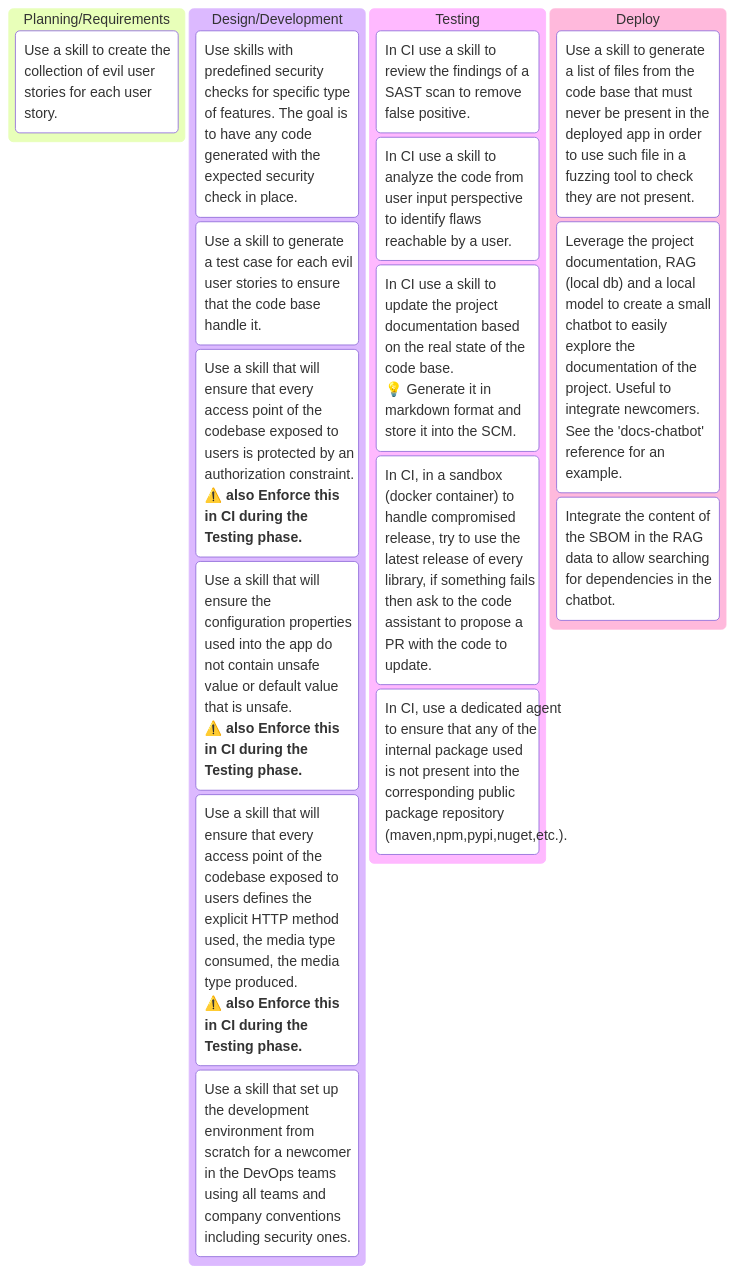
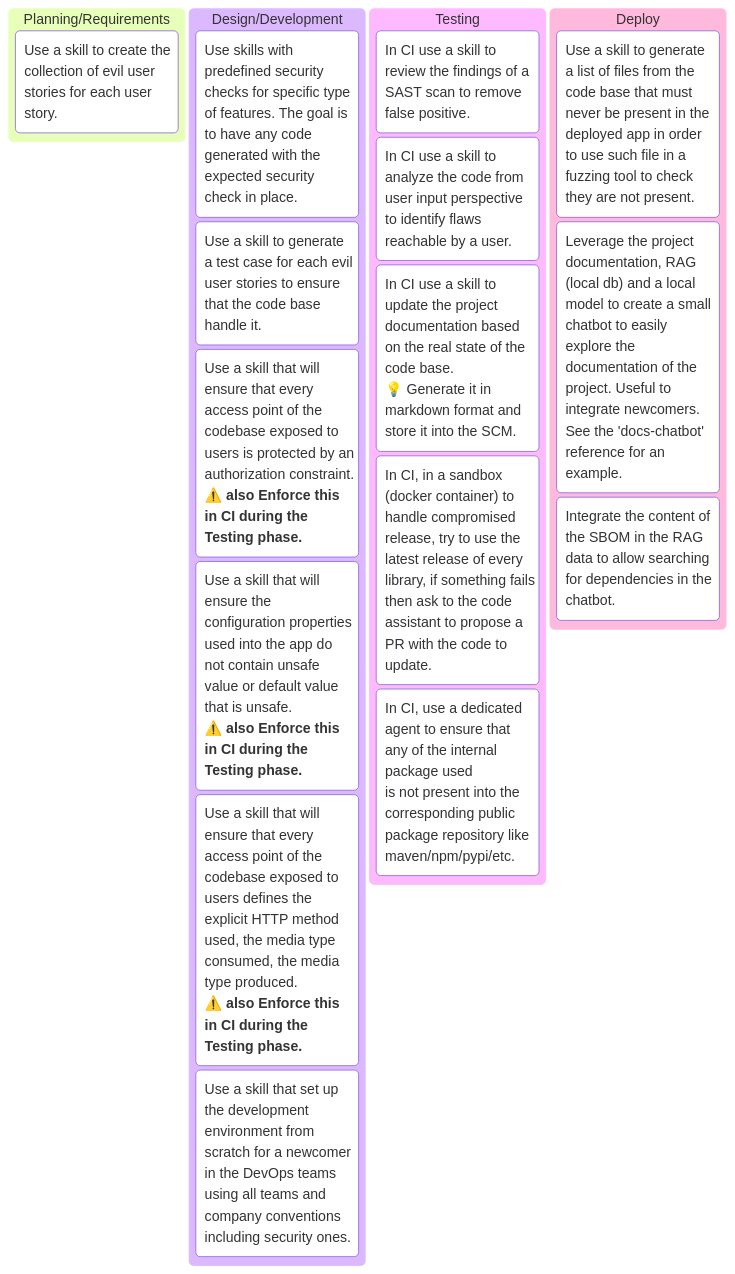
Before and after one commit to righettod/poc-llm: the diagram in poc07/README.md, drawn with Mermaid.

Commit message:
Refine task descriptions in README.md

````diff
--- a/poc07/README.md
+++ b/poc07/README.md
@@ -16,22 +16,22 @@
 ```mermaid
 kanban
     step00[Planning/Requirements]
         step00-task00["Use a skill to create the collection of evil user stories for each user story."]
     step01[Design/Development]
         step01-task00["Use skills with predefined security checks for specific type of features. The goal is to have any code generated with the expected security check in place."]
         step01-task01["Use a skill to generate a test case for each evil user stories to ensure that the code base handle it."]
         step01-task02["Use a skill that will ensure that every access point of the codebase exposed to users is protected by an authorization constraint.<br/>⚠️ **also Enforce this in CI during the Testing phase.**"] 
         step01-task03["Use a skill that will ensure the configuration properties used into the app do not contain unsafe value or default value that is unsafe.<br/>⚠️ **also Enforce this in CI during the Testing phase.**"]       
         step01-task04["Use a skill that will ensure that every access point of the codebase exposed to users defines the explicit HTTP method used, the media type consumed, the media type produced.<br/>⚠️ **also Enforce this in CI during the Testing phase.**"]
         step01-task05["Use a skill that set up the development environment from scratch for a newcomer in the DevOps teams using all teams and company conventions including security ones."]                          
     step02[Testing]    
         step02-task00["In CI use a skill to review the findings of a SAST scan to remove false positive."]
         step02-task01["In CI use a skill to analyze the code from user input perspective to identify flaws reachable by a user."]
         step02-task02["In CI use a skill to update the project documentation based on the real state of the code base.<br/>💡 Generate it in markdown format and store it into the SCM."]     
         step02-task03["In CI, in a sandbox (docker container) to handle compromised release, try to use the latest release of every library, if something fails then ask to the code assistant to propose a PR with the code to update."]
-        step02-task04["In CI, use a dedicated agent to ensure that any of the internal package used<br/>is not present into the corresponding public package repository<br/>(maven,npm,pypi,nuget,etc.)."]
+        step02-task04["In CI, use a dedicated agent to ensure that any of the internal package used<br/>is not present into the corresponding public package repository like maven/npm/pypi/etc."]
     step03[Deploy]              
         step03-task00["Use a skill to generate a list of files from the code base that must never be present in the deployed app in order to use such file in a fuzzing tool to check they are not present."]
         step03-task01["Leverage the project documentation, RAG (local db) and a local model to create a small chatbot to easily explore the documentation of the project. Useful to integrate newcomers. See the 'docs-chatbot' reference for an example."]        
-        step03-task02["Integrate the content of the SBOM in the RAG data to allow searching for dependencies in the chatbot."]                
+        step03-task02["Integrate the content of the SBOM in the RAG data to allow searching for dependencies in the chatbot."]                 
 ```
````
